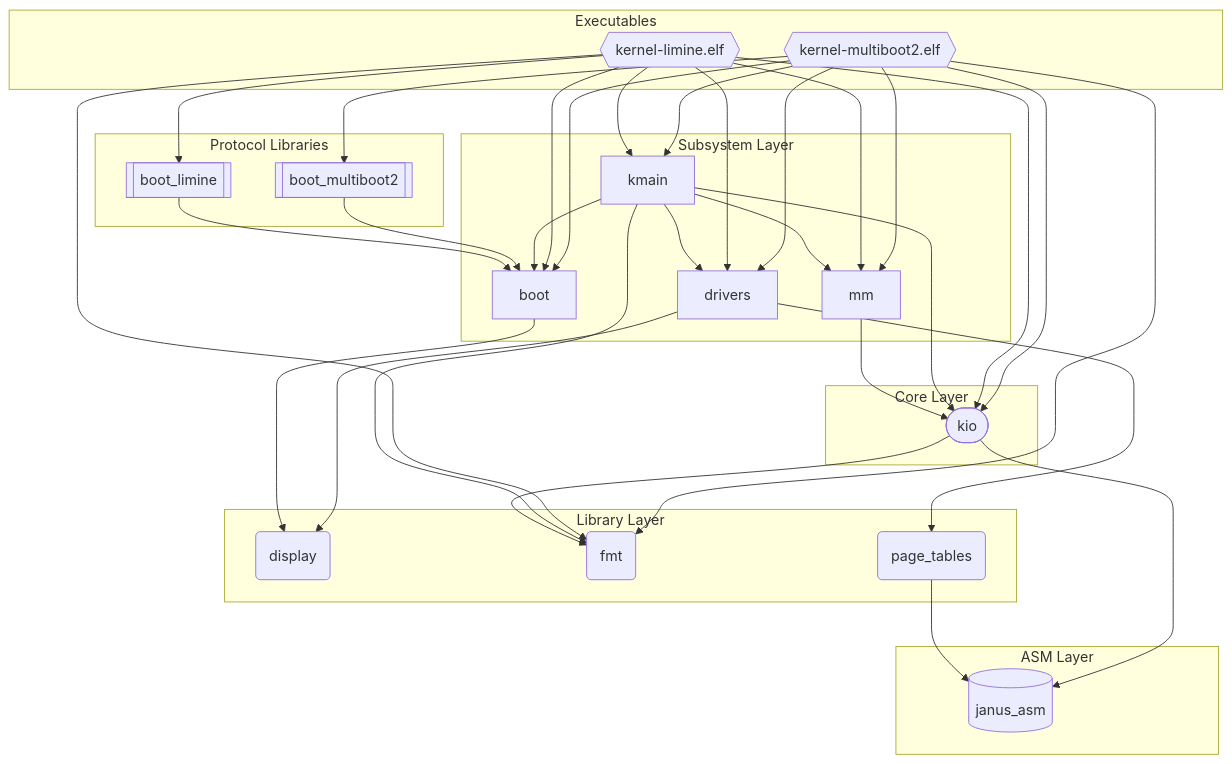
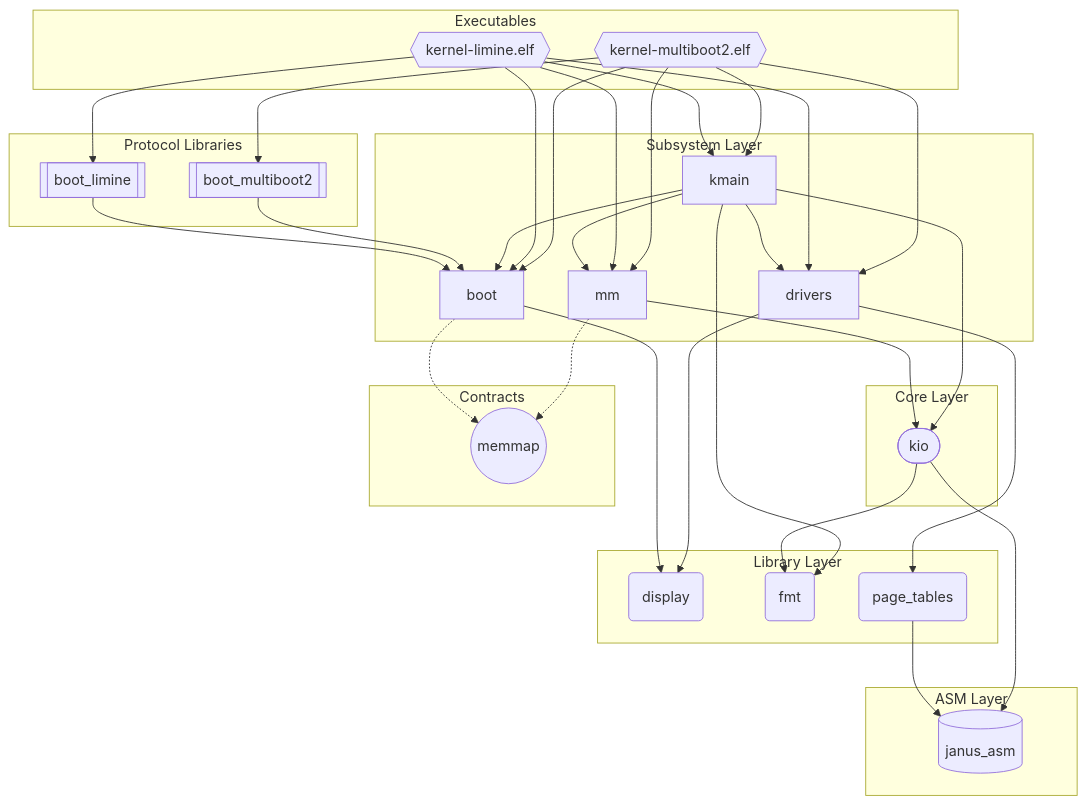
The diagram in docs/src/generated/deps-x86_64.md (FrederikTobner/JANUS), drawn with Mermaid before and after one commit. The commit also changed 106 other files, not shown here.

````diff
--- a/docs/src/generated/deps-x86_64.md
+++ b/docs/src/generated/deps-x86_64.md
@@ -3,56 +3,57 @@
 ```mermaid
 graph TD
   subgraph lib_layer["Library Layer"]
     display("display")
     fmt("fmt")
     page_tables("page_tables")
   end
   subgraph core_layer["Core Layer"]
     kio(["kio"])
   end
   subgraph subsys_layer["Subsystem Layer"]
     boot["boot"]
     drivers["drivers"]
     mm["mm"]
     kmain["kmain"]
   end
   subgraph proto_layer["Protocol Libraries"]
     boot_limine[["boot_limine"]]
     boot_multiboot2[["boot_multiboot2"]]
   end
   subgraph exec_layer["Executables"]
     kernel_limine_elf{{"kernel-limine.elf"}}
     kernel_multiboot2_elf{{"kernel-multiboot2.elf"}}
   end
   subgraph asm_layer["ASM Layer"]
     janus_asm[("janus_asm")]
   end
+  subgraph contract_layer["Contracts"]
+    janus_contract_memmap(("memmap"))
+  end
   page_tables --> janus_asm
   kio --> fmt
   kio --> janus_asm
   boot --> display
+  boot -.-> janus_contract_memmap
   boot_limine --> boot
   boot_multiboot2 --> boot
   drivers --> display
   drivers --> page_tables
   mm --> kio
+  mm -.-> janus_contract_memmap
   kmain --> drivers
   kmain --> boot
   kmain --> fmt
   kmain --> kio
   kmain --> mm
   kernel_limine_elf --> drivers
   kernel_limine_elf --> boot
-  kernel_limine_elf --> fmt
   kernel_limine_elf --> boot_limine
-  kernel_limine_elf --> kio
   kernel_limine_elf --> mm
   kernel_limine_elf --> kmain
   kernel_multiboot2_elf --> drivers
   kernel_multiboot2_elf --> boot
-  kernel_multiboot2_elf --> fmt
   kernel_multiboot2_elf --> boot_multiboot2
-  kernel_multiboot2_elf --> kio
   kernel_multiboot2_elf --> mm
   kernel_multiboot2_elf --> kmain
 ```
````
